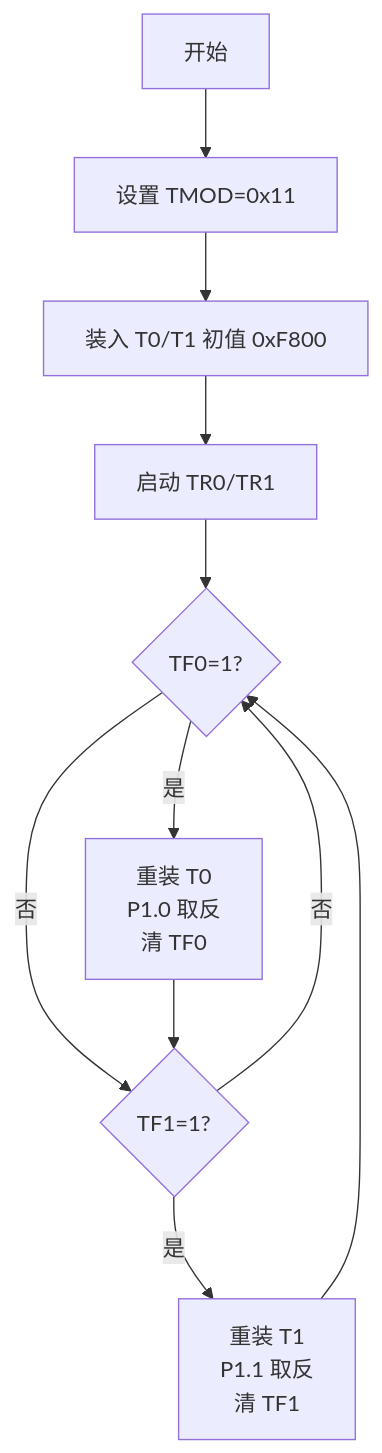
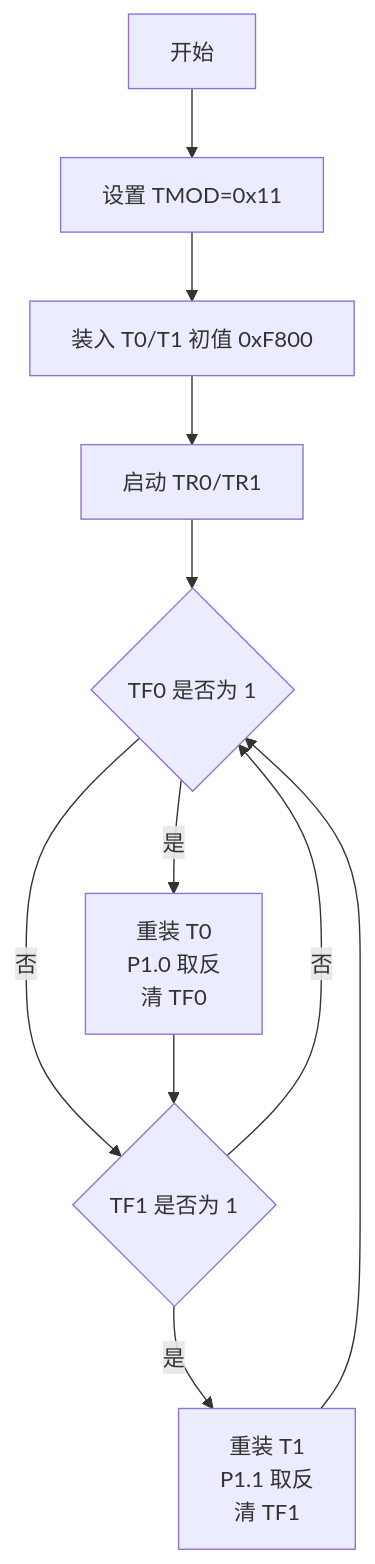
Before and after one commit to Travor278/Microcontrollers-and-Embedded-Systems: the first of 5 diagrams in EX3/Paper/实验三算法流程图_mermaid.md, drawn with Mermaid. The commit also changed other lines of this file and 101 other files, not shown here.

````diff
--- a/EX3/Paper/实验三算法流程图_mermaid.md
+++ b/EX3/Paper/实验三算法流程图_mermaid.md
@@ -5,13 +5,13 @@
 ```mermaid
 flowchart TD
-    A[开始] --> B[设置 TMOD=0x11]
-    B --> C[装入 T0/T1 初值 0xF800]
-    C --> D[启动 TR0/TR1]
-    D --> E{TF0=1?}
-    E -- 是 --> F[重装 T0<br/>P1.0 取反<br/>清 TF0]
-    E -- 否 --> G{TF1=1?}
+    A["开始"] --> B["设置 TMOD=0x11"]
+    B --> C["装入 T0/T1 初值 0xF800"]
+    C --> D["启动 TR0/TR1"]
+    D --> E{"TF0 是否为 1"}
+    E -- 是 --> F["重装 T0<br/>P1.0 取反<br/>清 TF0"]
+    E -- 否 --> G{"TF1 是否为 1"}
     F --> G
-    G -- 是 --> H[重装 T1<br/>P1.1 取反<br/>清 TF1]
+    G -- 是 --> H["重装 T1<br/>P1.1 取反<br/>清 TF1"]
     G -- 否 --> E
     H --> E
 ```
````
